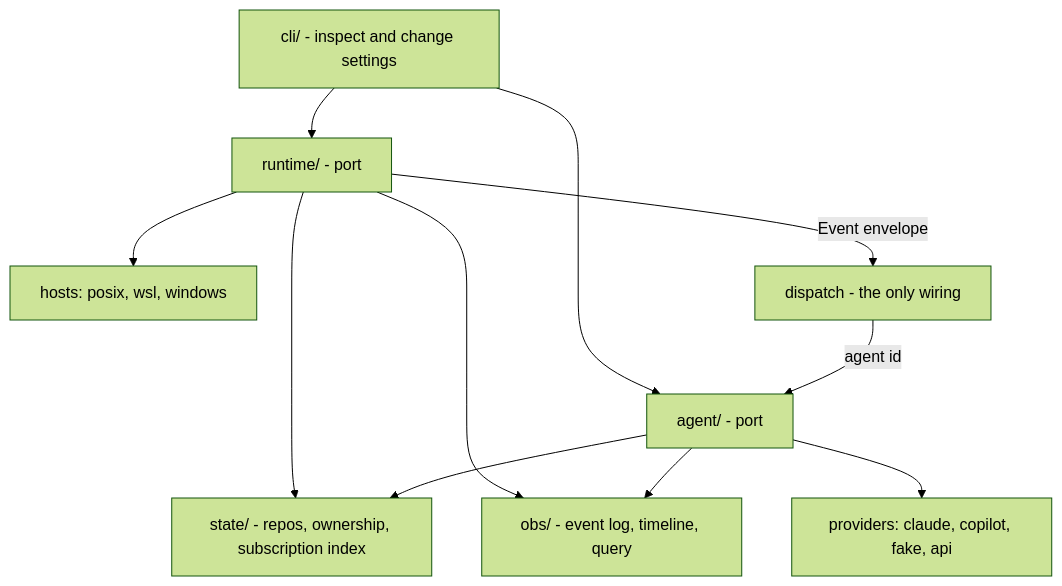
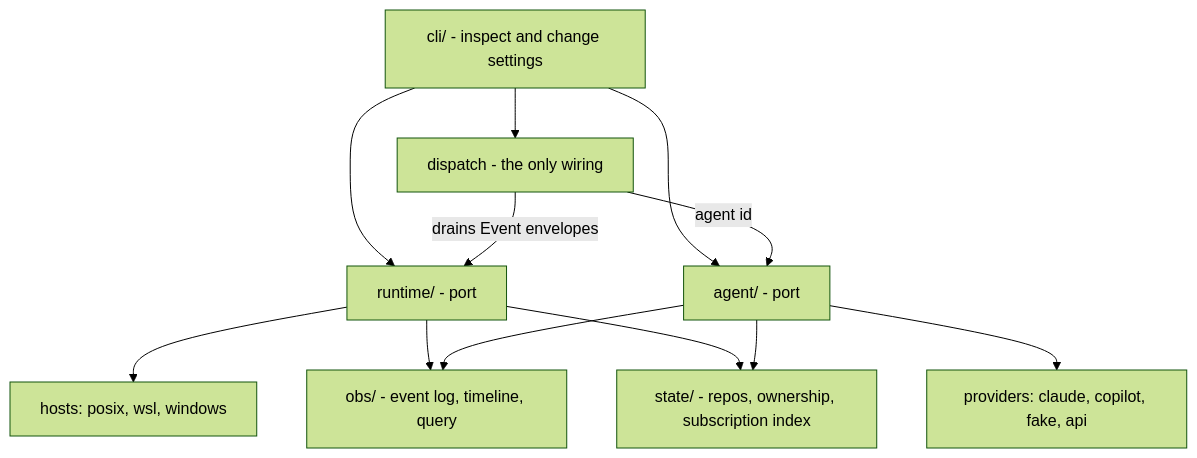
One commit to johnshew/agents-live changed the diagram in docs/refactoring-runtime-and-agent-seams.md. Above: the diagram before and after it, drawn with Mermaid (forest theme). The commit also changed other lines of this file, not shown here.

````diff
--- a/docs/refactoring-runtime-and-agent-seams.md
+++ b/docs/refactoring-runtime-and-agent-seams.md
@@ -100,13 +118,14 @@
 ```mermaid
 graph TD
     CLI[cli/ - inspect and change settings] --> RT[runtime/ - port]
     CLI --> AG[agent/ - port]
     RT --> HOSTS[hosts: posix, wsl, windows]
     AG --> PROV[providers: claude, copilot, fake, api]
-    RT -->|Event envelope| DISP[dispatch - the only wiring]
+    CLI --> DISP[dispatch - the only wiring]
+    DISP -->|drains Event envelopes| RT
     DISP -->|agent id| AG
     RT --> OBS[obs/ - event log, timeline, query]
     AG --> OBS
     RT --> ST[state/ - repos, ownership, subscription index]
     AG --> ST
 ```
````
